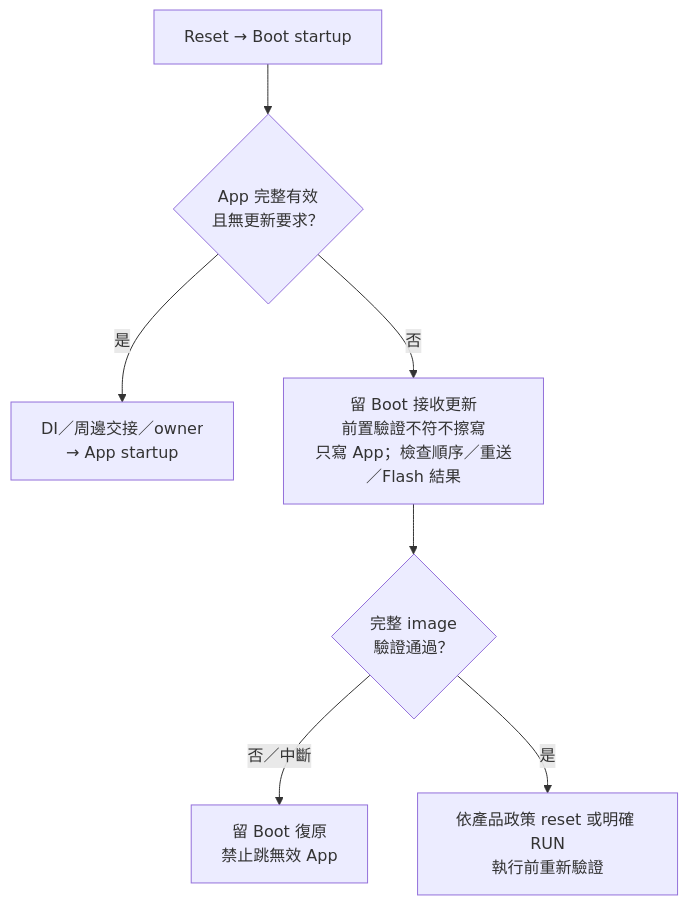
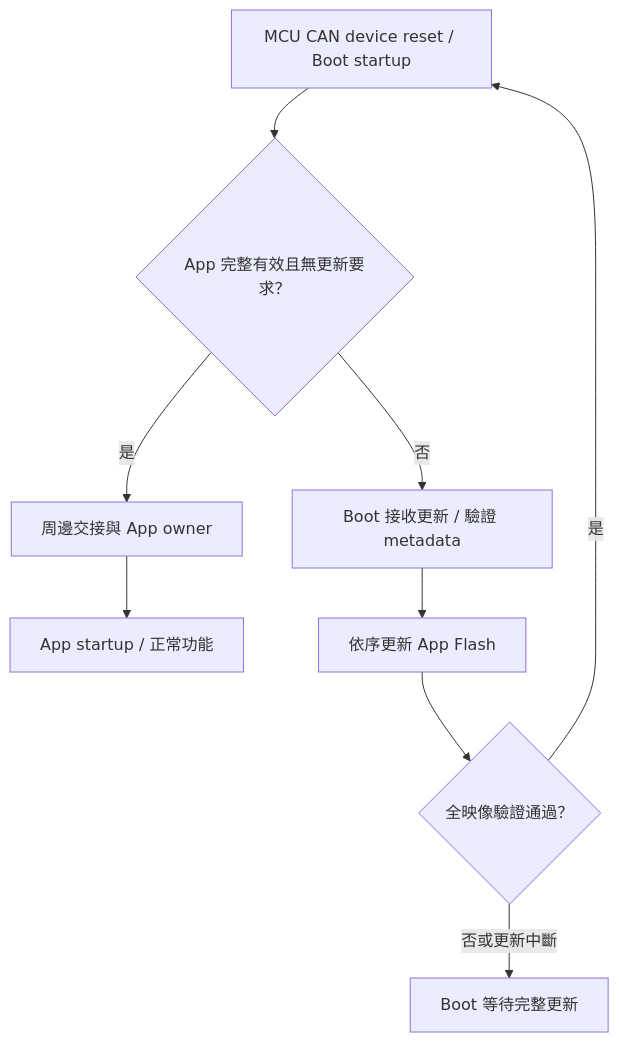
The second of 2 diagrams in docs/RL78_BOOT_APP_PORTING_GUIDE_zh-TW.md (released/simple_renesas_isp_tool), drawn with Mermaid before and after one commit. The commit also changed other lines of this file and 41 other files, not shown here.

````diff
--- a/docs/RL78_BOOT_APP_PORTING_GUIDE_zh-TW.md
+++ b/docs/RL78_BOOT_APP_PORTING_GUIDE_zh-TW.md
@@ -268,9 +134,11 @@
 ```mermaid
 flowchart TD
-    RESET["Reset → Boot startup"] --> CHECK{"App 完整有效<br/>且無更新要求？"}
-    CHECK -->|"是"| HAND["DI／周邊交接／owner<br/>→ App startup"]
-    CHECK -->|"否"| UPDATE["留 Boot 接收更新<br/>前置驗證不符不擦寫<br/>只寫 App；檢查順序／重送／Flash 結果"]
-    UPDATE --> END{"完整 image<br/>驗證通過？"}
-    END -->|"否／中斷"| REC["留 Boot 復原<br/>禁止跳無效 App"]
-    END -->|"是"| POLICY["依產品政策 reset 或明確 RUN<br/>執行前重新驗證"]
+    RESET["MCU CAN device reset / Boot startup"] --> CHECK{"App 完整有效且無更新要求？"}
+    CHECK -->|是| HAND["周邊交接與 App owner"]
+    HAND --> APP["App startup / 正常功能"]
+    CHECK -->|否| UPDATE["Boot 接收更新 / 驗證 metadata"]
+    UPDATE --> FLASH["依序更新 App Flash"]
+    FLASH --> END{"全映像驗證通過？"}
+    END -->|否或更新中斷| RECOVERY["Boot 等待完整更新"]
+    END -->|是| RESET
 ```
````
